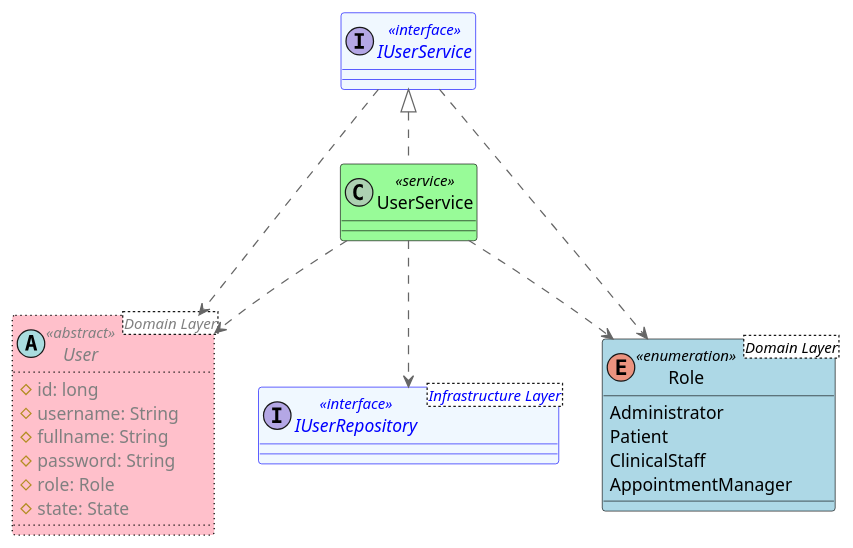
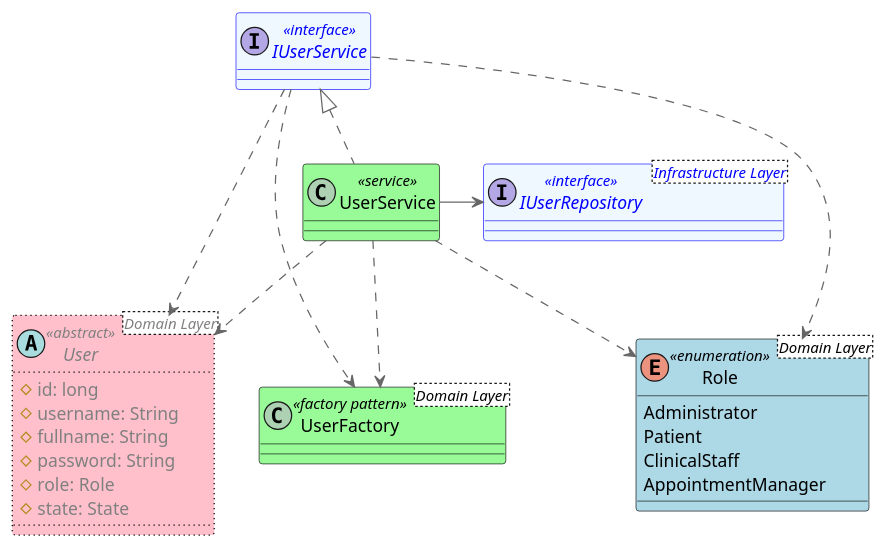
One commit to FernandoMulato/Piedrazul-Medical-Services-Network changed the diagram in 1.Project-with_Monolithic_Architecture/mod_app_piedrazul_medical_services_network/Application/dClassApplication.puml. Above: the diagram before and after it, drawn with PlantUML. The commit also changed 3 other files, not shown here.

```diff
--- a/1.Project-with_Monolithic_Architecture/mod_app_piedrazul_medical_services_network/Application/dClassApplication.puml
+++ b/1.Project-with_Monolithic_Architecture/mod_app_piedrazul_medical_services_network/Application/dClassApplication.puml
@@ -1,36 +1,41 @@
 @startuml ApplicationClasses
 
 !include https://raw.githubusercontent.com/plantuml-stdlib/C4-PlantUML/master/C4_Deployment.puml
 
 interface IUserService <<interface>> #aliceblue;line:blue;text:blue {}
 
 class UserService <<service>> #PaleGreen;line:Black;text:Black implements IUserService {}
 
 ' from domain layer
 abstract User<Domain Layer> <<abstract>> #Pink;line:Black;line.dotted;text:gray {
   # id: long 
   # username: String
   # fullname: String
   # password: String
   # role: Role
   # state: State
 }
 
+class UserFactory<Domain Layer> <<factory pattern>> #PaleGreen;line:Black;text:Black {
+}
+
 ' from infrastructure layer
 interface IUserRepository<Infrastructure Layer> <<interface>> #aliceblue;line:blue;text:blue {}
 
 ' from domain layer
 enum Role<Domain Layer> <<enumeration>> #LightBlue;line:Black;text:Black {
   Administrator
   Patient
   ClinicalStaff
   AppointmentManager
 }
 
 IUserService ..> User
 UserService ..> User
-UserService ..> IUserRepository
+UserService -> IUserRepository
 IUserService ..> Role
 UserService ..> Role
+UserService ..> UserFactory
+IUserService ..> UserFactory
 
 @enduml
```
